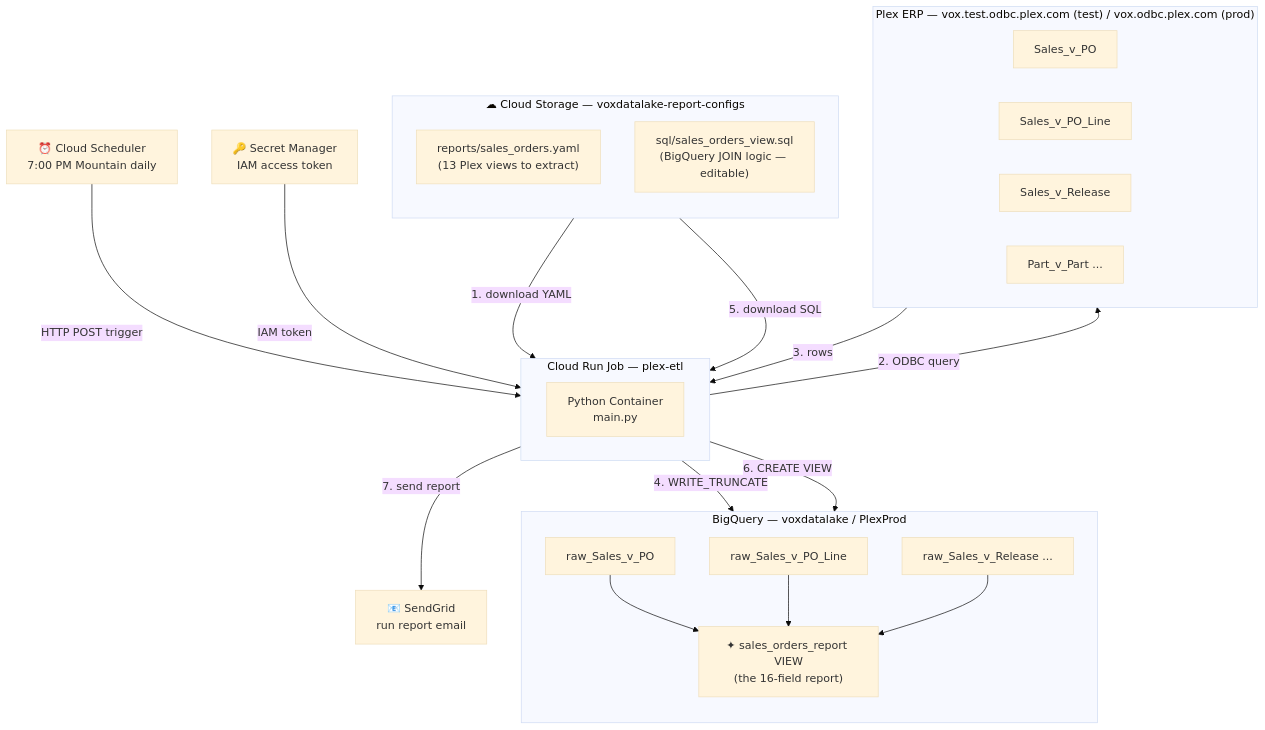
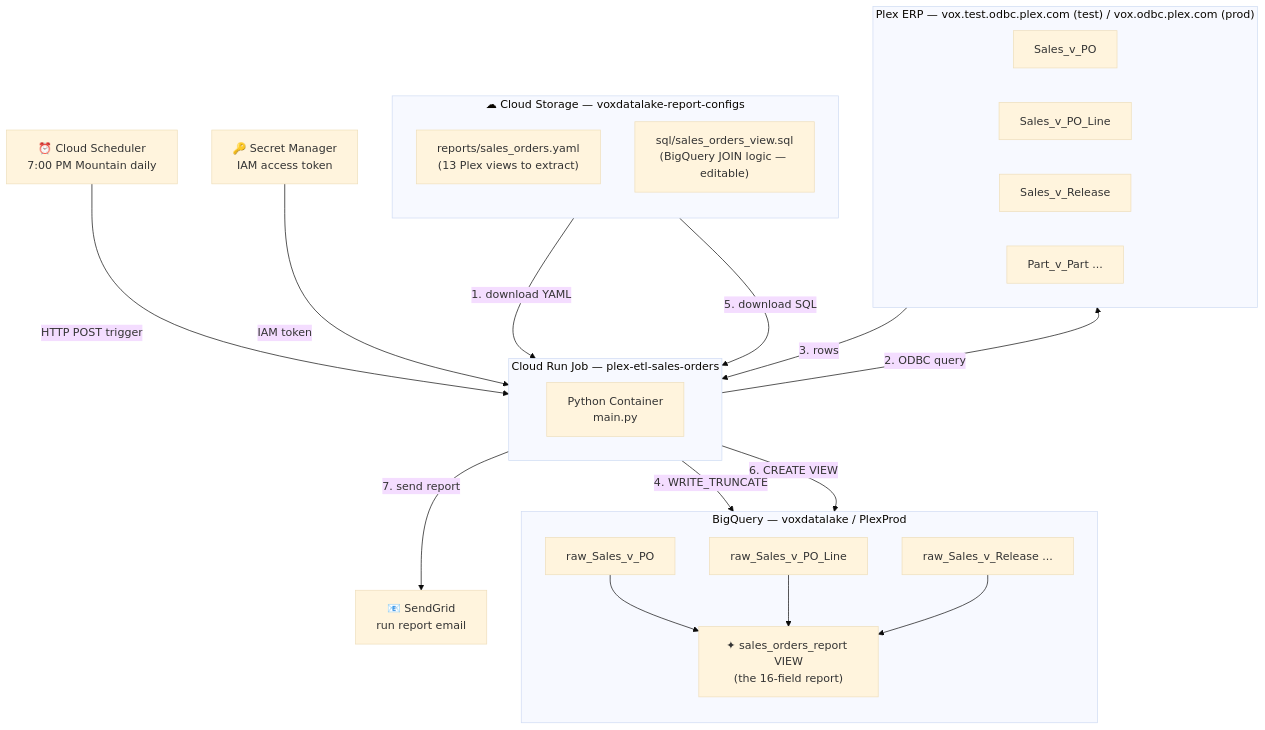
Before and after one commit to Parasol-Group-Inc/plex-to-big-query: the first of 3 diagrams in docs/CHEATSHEET.md, drawn with Mermaid (base theme). The commit also changed other lines of this file and 94 other files, not shown here.

````diff
--- a/docs/CHEATSHEET.md
+++ b/docs/CHEATSHEET.md
@@ -23,45 +23,45 @@
 ```mermaid
 graph TB
     subgraph GCS["☁ Cloud Storage — voxdatalake-report-configs"]
         direction TB
         YAML["reports/sales_orders.yaml\n(13 Plex views to extract)"]
         SQL["sql/sales_orders_view.sql\n(BigQuery JOIN logic — editable)"]
     end
 
-    subgraph CR["Cloud Run Job — plex-etl"]
+    subgraph CR["Cloud Run Job — plex-etl-sales-orders"]
         CONTAINER["Python Container\nmain.py"]
     end
 
     subgraph PLEX["Plex ERP — vox.test.odbc.plex.com (test) / vox.odbc.plex.com (prod)"]
         direction LR
         V1["Sales_v_PO"]
         V2["Sales_v_PO_Line"]
         V3["Sales_v_Release"]
         V4["Part_v_Part ..."]
     end
 
     subgraph BQ["BigQuery — voxdatalake / PlexProd"]
         direction TB
         T1["raw_Sales_v_PO"]
         T2["raw_Sales_v_PO_Line"]
         T3["raw_Sales_v_Release ..."]
         VIEW["✦ sales_orders_report VIEW\n(the 16-field report)"]
         T1 --> VIEW
         T2 --> VIEW
         T3 --> VIEW
     end
 
     SM["🔑 Secret Manager\nIAM access token"]
     SCHED["⏰ Cloud Scheduler\n7:00 PM Mountain daily"]
     EMAIL["📧 SendGrid\nrun report email"]
 
     SCHED -->|"HTTP POST trigger"| CR
     SM -->|"IAM token"| CR
     GCS -->|"1. download YAML"| CR
     CR -->|"2. ODBC query"| PLEX
     PLEX -->|"3. rows"| CR
     CR -->|"4. WRITE_TRUNCATE"| BQ
     GCS -->|"5. download SQL"| CR
     CR -->|"6. CREATE VIEW"| VIEW
     CR -->|"7. send report"| EMAIL
 ```
````
